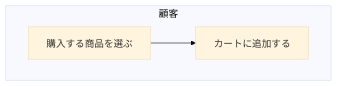
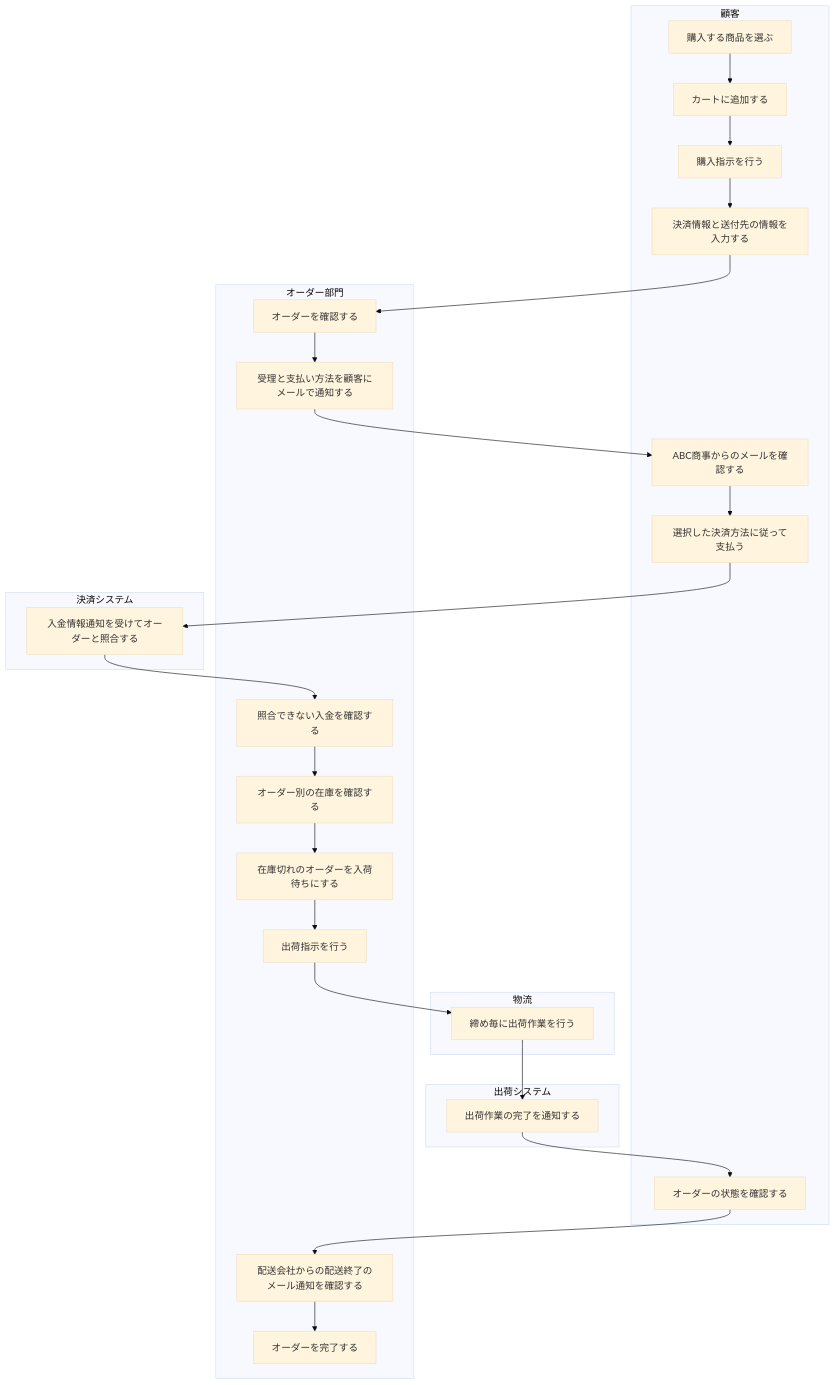
Before and after one commit to Nke0628/rdra-webapp: the fifth of 23 diagrams in docs/rdra/diagrams.md, drawn with Mermaid (base theme). The commit also changed other lines of this file and 5 other files, not shown here.

````diff
--- a/docs/rdra/diagrams.md
+++ b/docs/rdra/diagrams.md
@@ -230,9 +196,49 @@
 ```mermaid
 flowchart TB
   subgraph l1["顧客"]
     act2["購入する商品を選ぶ"]
     act3["カートに追加する"]
+    act4["購入指示を行う"]
+    act5["決済情報と送付先の情報を入力する"]
+    act6["ABC商事からのメールを確認する"]
+    act7["選択した決済方法に従って支払う"]
+    act8["オーダーの状態を確認する"]
+  end
+  subgraph l9["オーダー部門"]
+    act10["オーダーを確認する"]
+    act11["受理と支払い方法を顧客にメールで通知する"]
+    act12["照合できない入金を確認する"]
+    act13["オーダー別の在庫を確認する"]
+    act14["在庫切れのオーダーを入荷待ちにする"]
+    act15["出荷指示を行う"]
+    act16["配送会社からの配送終了のメール通知を確認する"]
+    act17["オーダーを完了する"]
+  end
+  subgraph l18["決済システム"]
+    act19["入金情報通知を受けてオーダーと照合する"]
+  end
+  subgraph l20["物流"]
+    act21["締め毎に出荷作業を行う"]
+  end
+  subgraph l22["出荷システム"]
+    act23["出荷作業の完了を通知する"]
   end
   act2 --> act3
+  act3 --> act4
+  act4 --> act5
+  act5 --> act10
+  act10 --> act11
+  act11 --> act6
+  act6 --> act7
+  act7 --> act19
+  act19 --> act12
+  act12 --> act13
+  act13 --> act14
+  act14 --> act15
+  act15 --> act21
+  act21 --> act23
+  act23 --> act8
+  act8 --> act16
+  act16 --> act17
   classDef hyp stroke-dasharray:5 5,stroke:#d97706,color:#92400e
 ```
````
